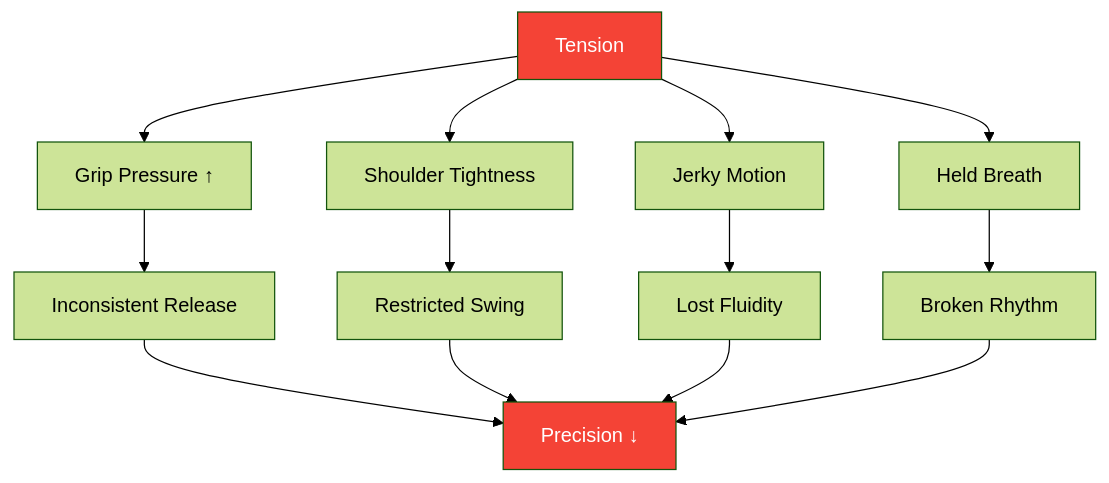
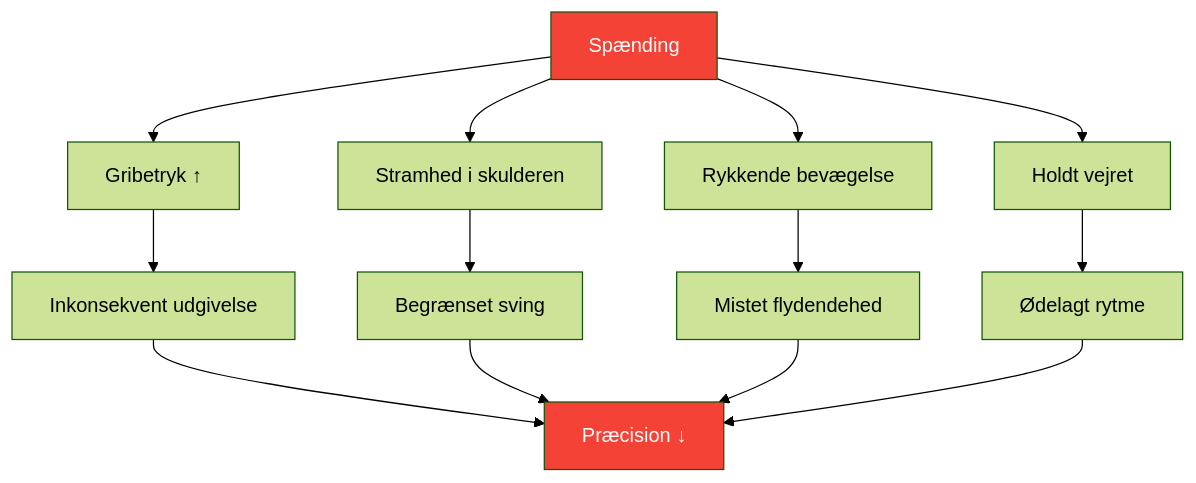
One commit to patwii/petanque-academy changed the first of 2 diagrams in docs/da/articles/tension-precision.md. Above: the diagram before and after it, drawn with Mermaid (forest theme). The commit also changed other lines of this file and 550 other files, not shown here.

````diff
--- a/docs/da/articles/tension-precision.md
+++ b/docs/da/articles/tension-precision.md
@@ -20,20 +20,20 @@
 ```mermaid
 flowchart TD
-    A[Tension] --> B[Grip Pressure ↑]
-    A --> C[Shoulder Tightness]
-    A --> D[Jerky Motion]
-    A --> E[Held Breath]
+    A[Spænding] --> B[Gribetryk ↑]
+    A --> C[Stramhed i skulderen]
+    A --> D[Rykkende bevægelse]
+    A --> E[Holdt vejret]
 
-    B --> F[Inconsistent Release]
-    C --> G[Restricted Swing]
-    D --> H[Lost Fluidity]
-    E --> I[Broken Rhythm]
+    B --> F[Inkonsekvent udgivelse]
+    C --> G[Begrænset sving]
+    D --> H[Mistet flydendehed]
+    E --> I[Ødelagt rytme]
 
-    F --> J[Precision ↓]
+    F --> J[Præcision ↓]
     G --> J
     H --> J
     I --> J
 
     style A fill:#f44336,color:#fff
     style J fill:#f44336,color:#fff
 ```
````
